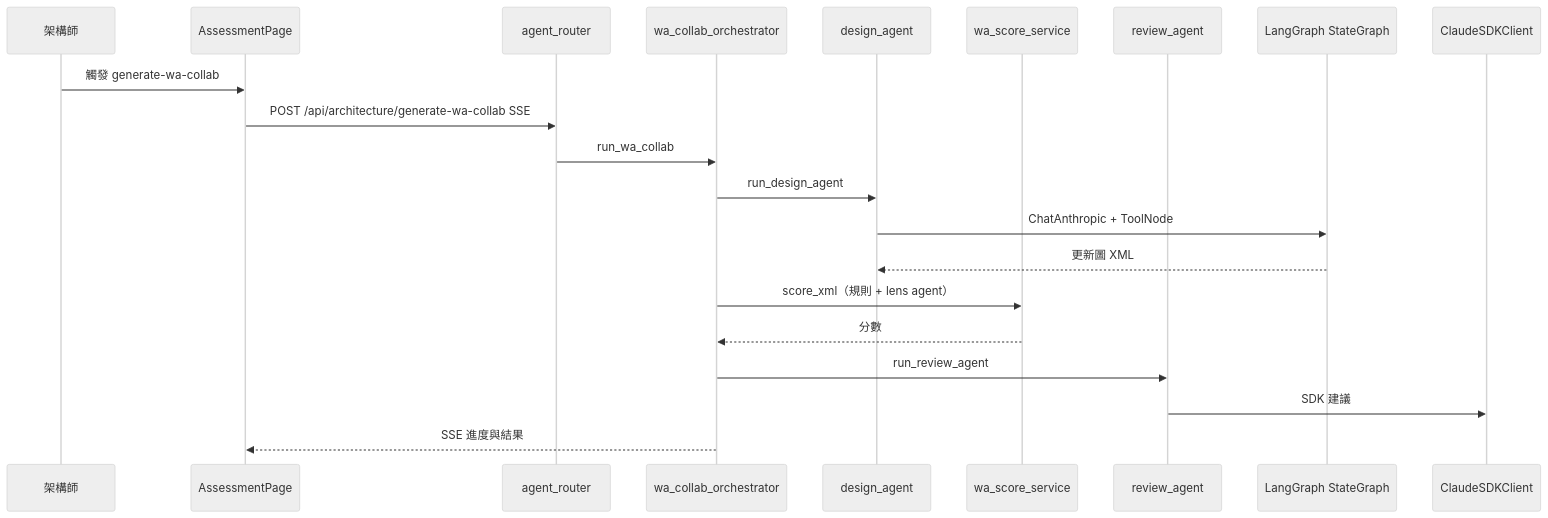
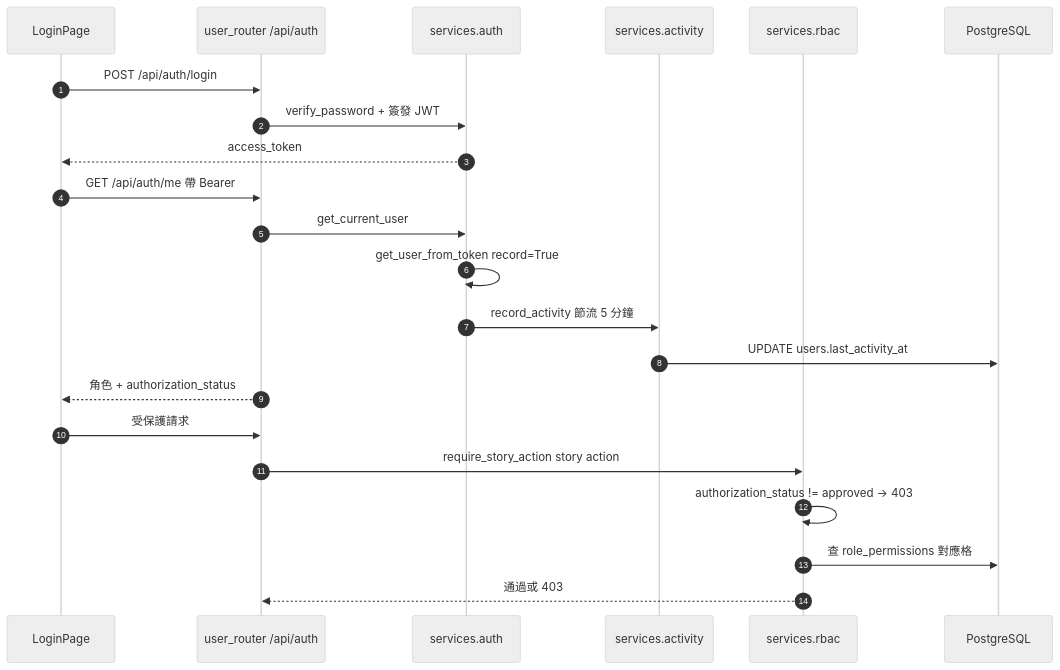
Before and after one commit to opendiamonds/cloud-360: the fourth of 5 diagrams in aidlc/spaces/default/codekb/cloud/architecture.md, drawn with Mermaid (neutral theme). The commit also changed other lines of this file and 12 other files, not shown here.

````diff
--- a/aidlc/spaces/default/codekb/cloud/architecture.md
+++ b/aidlc/spaces/default/codekb/cloud/architecture.md
@@ -125,24 +214,25 @@
 ```mermaid
 sequenceDiagram
-  participant U as 架構師
-  participant FE as AssessmentPage
-  participant AR as agent_router
-  participant WC as wa_collab_orchestrator
-  participant DA as design_agent
-  participant WS as wa_score_service
-  participant RA as review_agent
-  participant LG as LangGraph StateGraph
-  participant SDK as ClaudeSDKClient
+    autonumber
+    participant FE as LoginPage
+    participant UR as user_router /api/auth
+    participant AUTH as services.auth
+    participant ACT as services.activity
+    participant RB as services.rbac
+    participant DB as PostgreSQL
 
-  U->>FE: 觸發 generate-wa-collab
-  FE->>AR: POST /api/architecture/generate-wa-collab SSE
-  AR->>WC: run_wa_collab
-  WC->>DA: run_design_agent
-  DA->>LG: ChatAnthropic + ToolNode
-  LG-->>DA: 更新圖 XML
-  WC->>WS: score_xml（規則 + lens agent）
-  WS-->>WC: 分數
-  WC->>RA: run_review_agent
-  RA->>SDK: SDK 建議
-  WC-->>FE: SSE 進度與結果
+    FE->>UR: POST /api/auth/login
+    UR->>AUTH: verify_password + 簽發 JWT
+    AUTH-->>FE: access_token
+    FE->>UR: GET /api/auth/me 帶 Bearer
+    UR->>AUTH: get_current_user
+    AUTH->>AUTH: get_user_from_token record=True
+    AUTH->>ACT: record_activity 節流 5 分鐘
+    ACT->>DB: UPDATE users.last_activity_at
+    UR-->>FE: 角色 + authorization_status
+    FE->>UR: 受保護請求
+    UR->>RB: require_story_action story action
+    RB->>RB: authorization_status != approved → 403
+    RB->>DB: 查 role_permissions 對應格
+    RB-->>UR: 通過或 403
 ```
````
